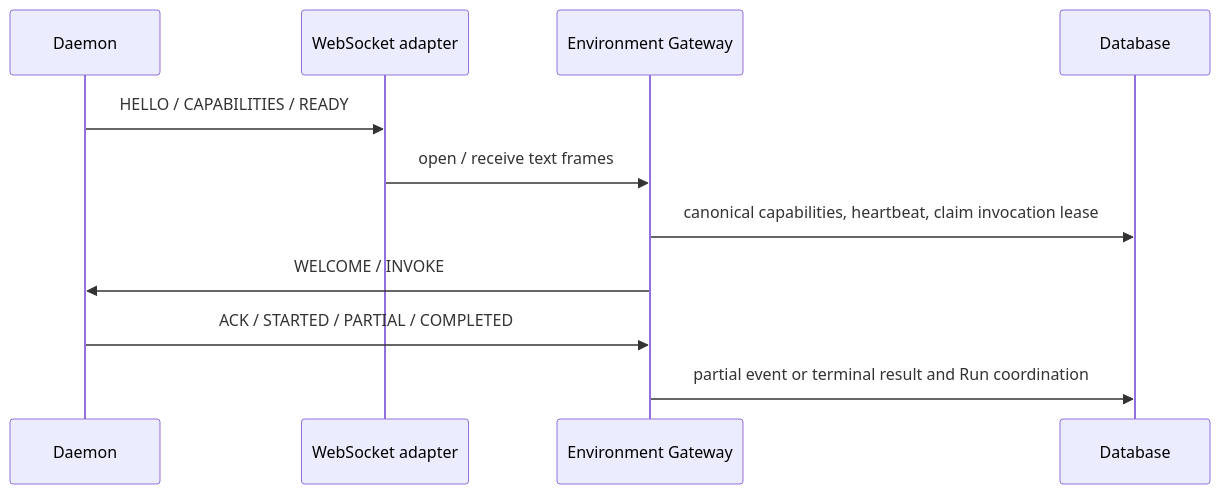
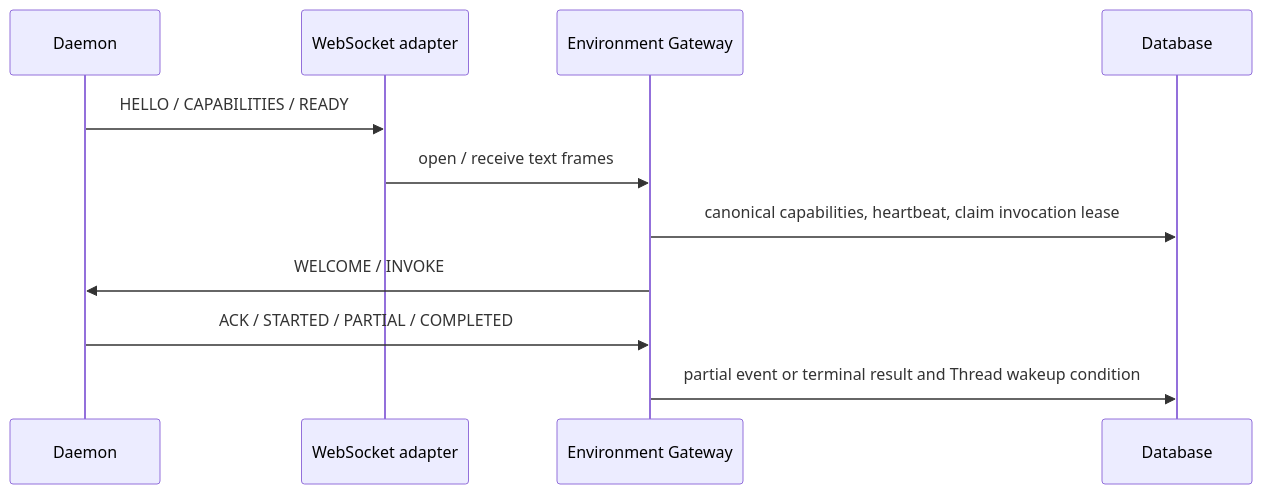
One commit to fengwk/kk-studio changed the diagram in docs/technical-solution/environment-daemon-gateway.md. Above: the diagram before and after it, drawn with Mermaid. The commit also changed other lines of this file and 14 other files, not shown here.

Commit message:
docs(harness): align session thread architecture

````diff
--- a/docs/technical-solution/environment-daemon-gateway.md
+++ b/docs/technical-solution/environment-daemon-gateway.md
@@ -76,14 +76,14 @@
 ```mermaid
 sequenceDiagram
     participant D as Daemon
     participant W as WebSocket adapter
     participant G as Environment Gateway
     participant DB as Database
 
     D->>W: HELLO / CAPABILITIES / READY
     W->>G: open / receive text frames
     G->>DB: canonical capabilities, heartbeat, claim invocation lease
     G->>D: WELCOME / INVOKE
     D->>G: ACK / STARTED / PARTIAL / COMPLETED
-    G->>DB: partial event or terminal result and Run coordination
+    G->>DB: partial event or terminal result and Thread wakeup condition
 ```
````
